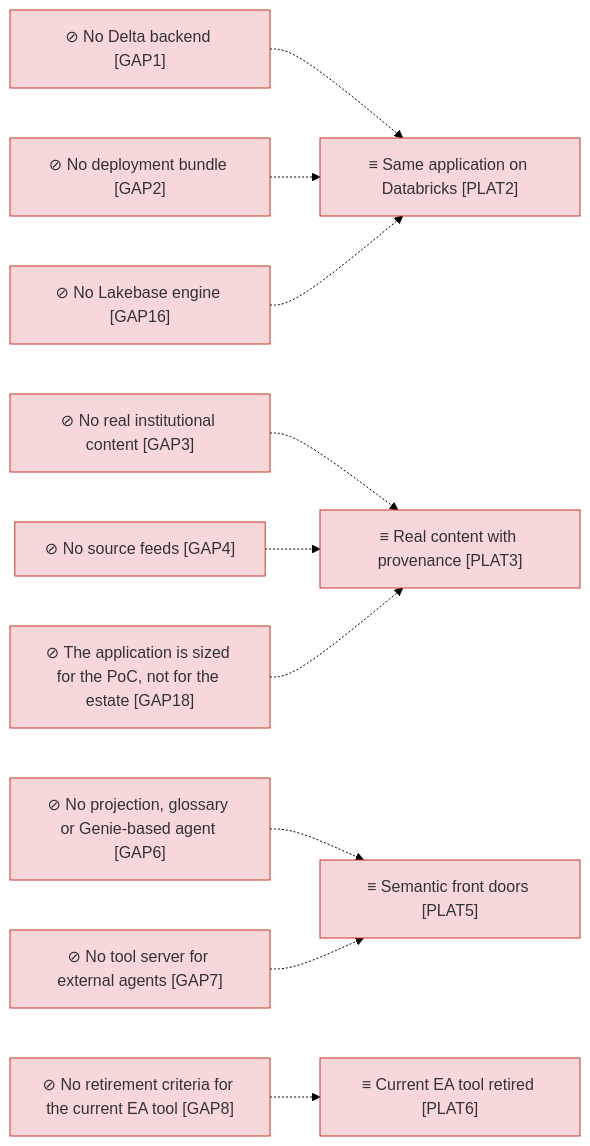
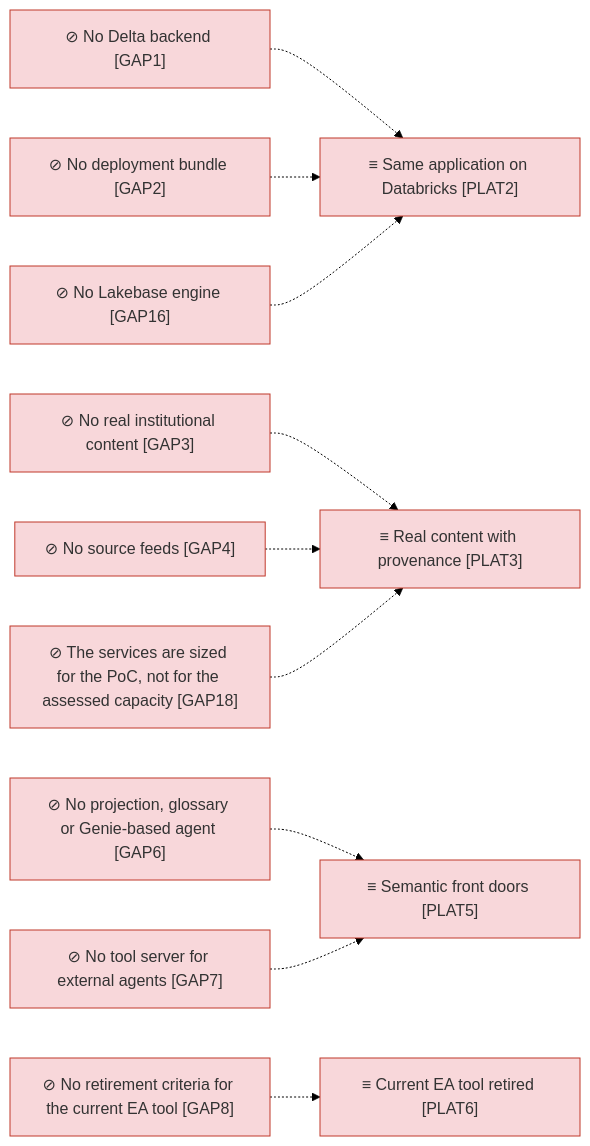
The third of 4 diagrams in architecture/6_transition/1_target-state.md (roanboc/dbx-enterprise-architecture), drawn with Mermaid (forest theme) before and after one commit. The commit also changed other lines of this file and 39 other files, not shown here.

````diff
--- a/architecture/6_transition/1_target-state.md
+++ b/architecture/6_transition/1_target-state.md
@@ -55,27 +55,27 @@
 ```mermaid
 flowchart LR
   p2["≡ Same application on Databricks [PLAT2]"]:::implementation
   p3["≡ Real content with provenance [PLAT3]"]:::implementation
   p5["≡ Semantic front doors [PLAT5]"]:::implementation
   p6["≡ Current EA tool retired [PLAT6]"]:::implementation
   g1["⊘ No Delta backend [GAP1]"]:::implementation
   g2["⊘ No deployment bundle [GAP2]"]:::implementation
   g16["⊘ No Lakebase engine [GAP16]"]:::implementation
   g3["⊘ No real institutional content [GAP3]"]:::implementation
   g4["⊘ No source feeds [GAP4]"]:::implementation
   g6["⊘ No projection, glossary or Genie-based agent [GAP6]"]:::implementation
   g7["⊘ No tool server for external agents [GAP7]"]:::implementation
   g8["⊘ No retirement criteria for the current EA tool [GAP8]"]:::implementation
-  g18["⊘ The application is sized for the PoC, not for the estate [GAP18]"]:::implementation
+  g18["⊘ The services are sized for the PoC, not for the assessed capacity [GAP18]"]:::implementation
   g1 -.-> p2
   g2 -.-> p2
   g16 -.-> p2
   g3 -.-> p3
   g4 -.-> p3
   g6 -.-> p5
   g7 -.-> p5
   g8 -.-> p6
   g18 -.-> p3
 
   classDef implementation fill:#f8d7da,stroke:#c0392b,color:#333
 ```
````
